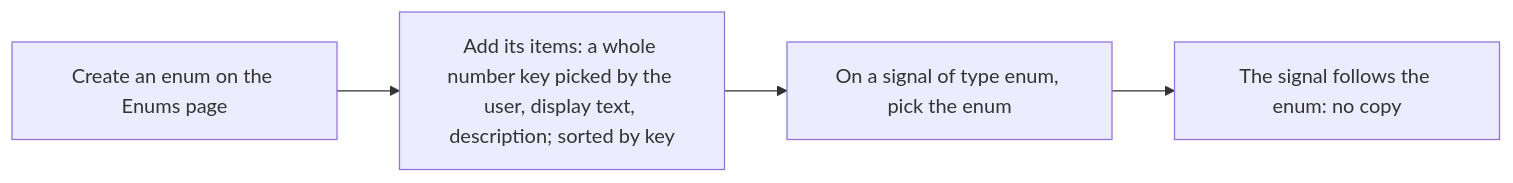
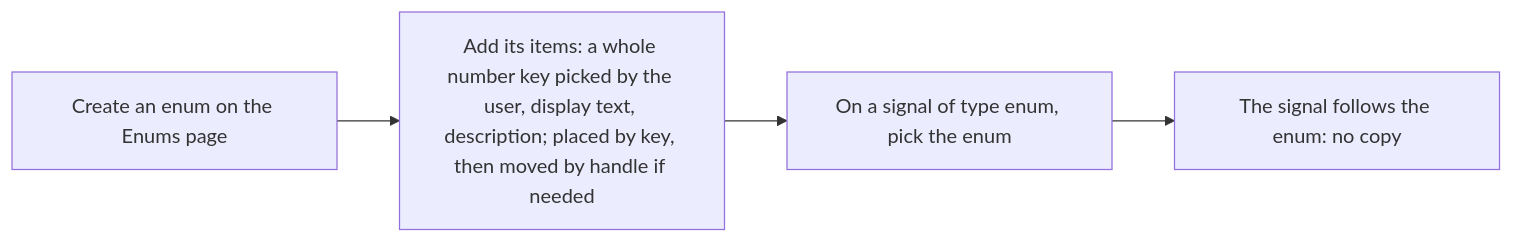
The third of 3 diagrams in metadata/06-enums.md (AlexandreGallais/synoptic-studio-spec), drawn with Mermaid before and after one commit. The commit also changed other lines of this file and 2 other files, not shown here.

First line of the commit message:
docs(enums): add item handles and allow key changes

````diff
--- a/metadata/06-enums.md
+++ b/metadata/06-enums.md
@@ -85,6 +85,6 @@
 ```mermaid
 flowchart LR
-    A["Create an enum on the Enums page"] --> B["Add its items: a whole number key picked by the user, display text, description; sorted by key"]
+    A["Create an enum on the Enums page"] --> B["Add its items: a whole number key picked by the user, display text, description; placed by key, then moved by handle if needed"]
     B --> C["On a signal of type enum, pick the enum"]
     C --> D["The signal follows the enum: no copy"]
 ```
````
